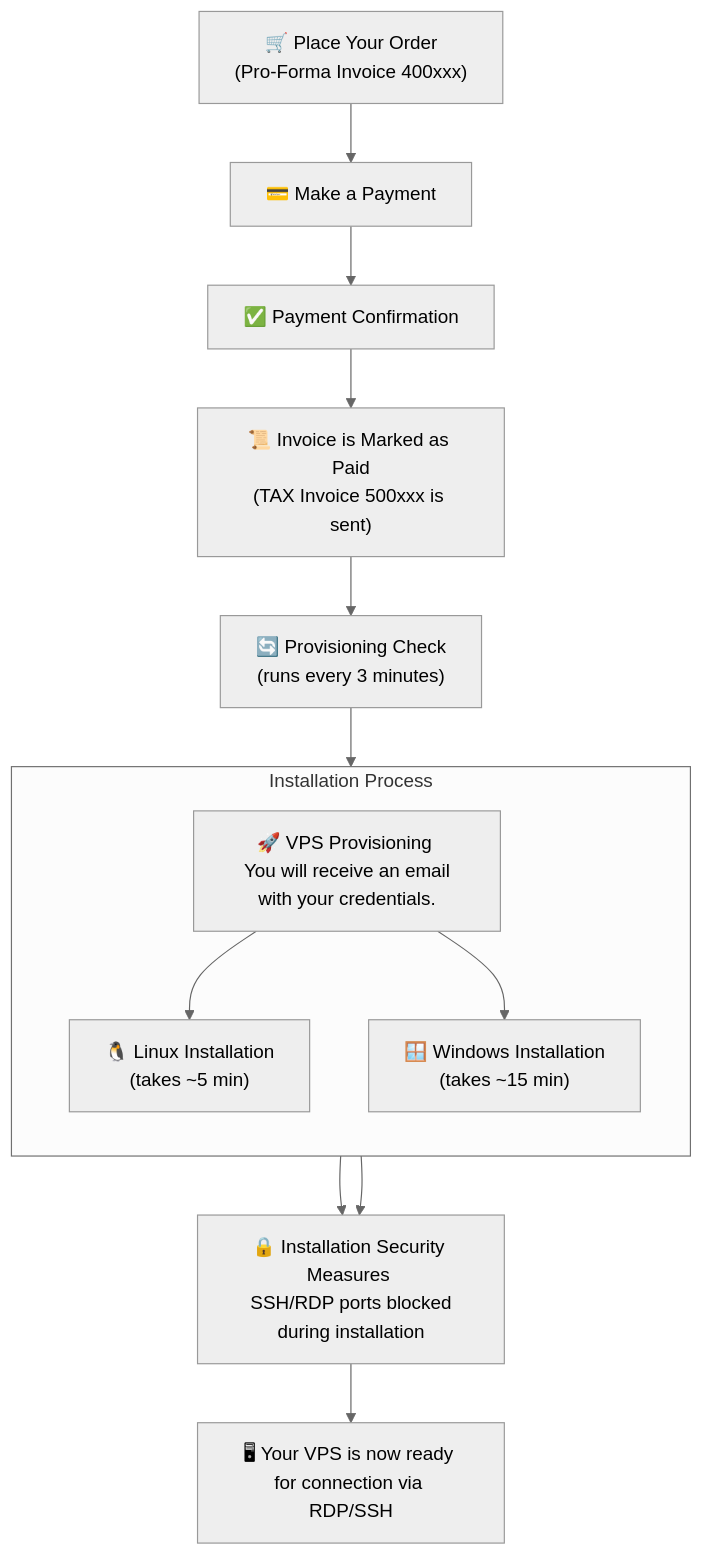
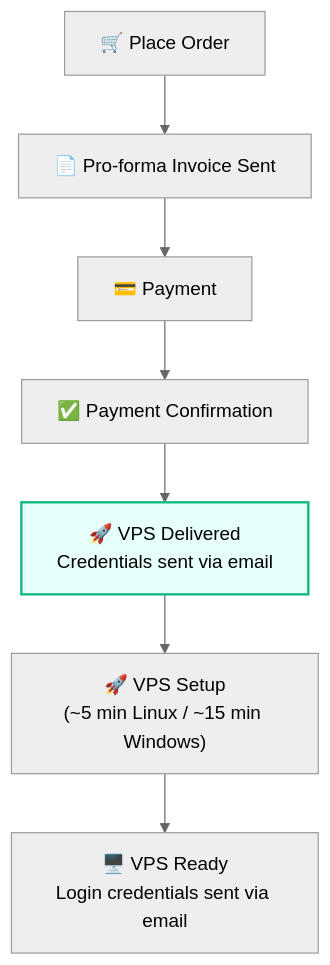
One commit to gExPl0ReR/docs changed the diagram in faq/billing-lifecycle/how-fast-instant-delivery.mdx. Above: the diagram before and after it, drawn with Mermaid (neutral theme). The commit also changed other lines of this file, not shown here.

Commit message:
Clarify VPS delivery times and process

````diff
--- a/faq/billing-lifecycle/how-fast-instant-delivery.mdx
+++ b/faq/billing-lifecycle/how-fast-instant-delivery.mdx
@@ -27,17 +23,10 @@
 ```mermaid
 flowchart TD
-    A["🛒 Place Your Order<br>(Pro-Forma Invoice 400xxx)"] --> B["💳 Make a Payment"]
-    B --> C["✅ Payment Confirmation"]
-    C --> D["📜 Invoice is Marked as Paid<br>(TAX Invoice 500xxx is sent)"]
-    D --> E["🔄 Provisioning Check<br>(runs every 3 minutes)"]
-    E --> F["🚀 VPS Provisioning <br> You will receive an email with your credentials."]
-
-    subgraph "🖥️ Installation Process" [Installation Process]
-        direction TB
-        F --> G["🐧 Linux Installation <br>(takes ~5 min)"]
-        F --> H["🪟 Windows Installation <br> (takes ~15 min)"]
-    end
-
-    G & H --> I["🔒 Installation Security Measures <br> SSH/RDP ports blocked during installation"]
-    I --> J["🖥 Your VPS is now ready for connection via RDP/SSH"]
+    A["🛒 Place Order"] --> B["📄 Pro-forma Invoice Sent"]
+    B --> C["💳 Payment"]
+    C --> D["✅ Payment Confirmation"]
+    D --> E["🚀 VPS Delivered<br/>Credentials sent via email"]
+E --> F["🚀 VPS Setup<br/>(~5 min Linux / ~15 min Windows)"]
+F --> G["🖥️ VPS Ready<br/>Login credentials sent via email"]
+    style E fill:#e6fffa,stroke:#10b981,stroke-width:2px
 ```
````
